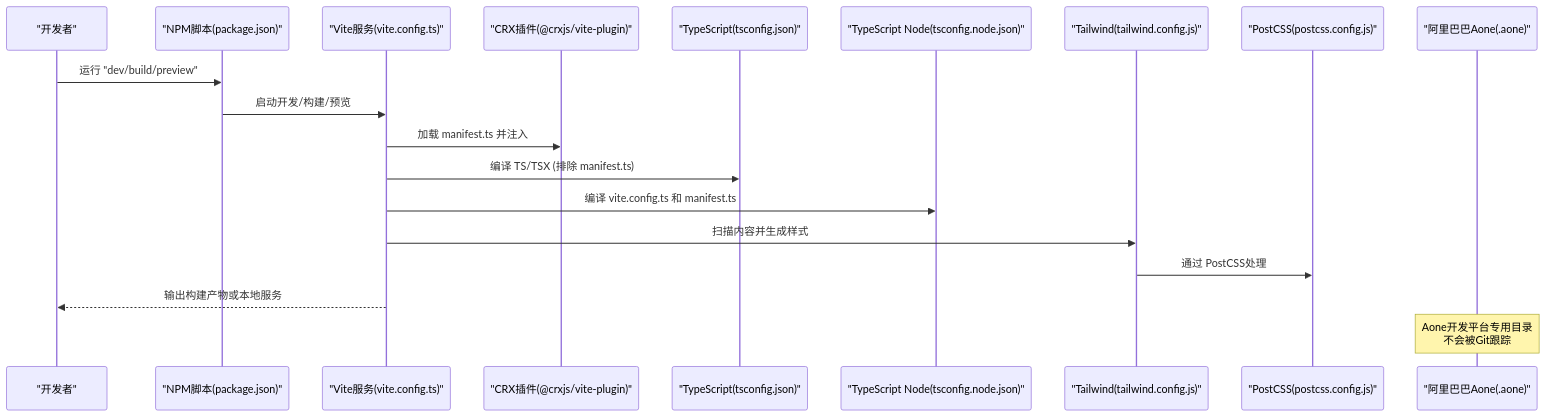
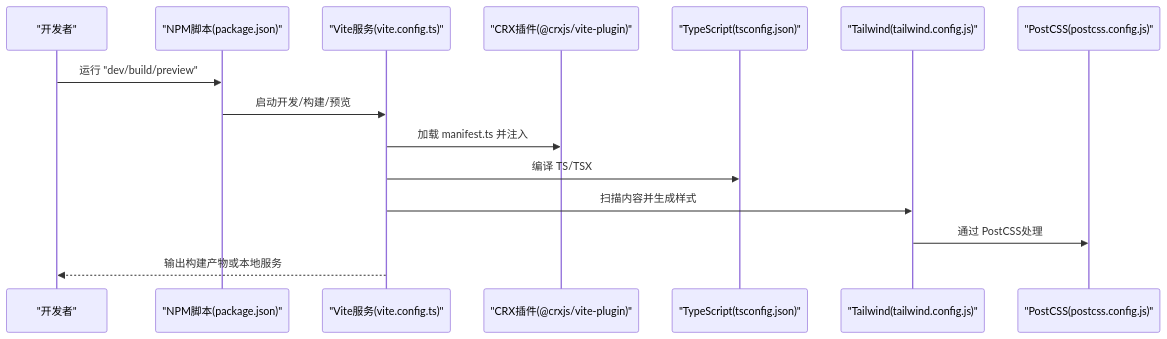
Before and after one commit to RadiumAg/bilibili-favorites: the second of 7 diagrams in .qoder/repowiki/zh/content/开发指南/构建配置详解.md, drawn with Mermaid. The commit also changed other lines of this file and 21 other files, not shown here.

````diff
--- a/.qoder/repowiki/zh/content/开发指南/构建配置详解.md
+++ b/.qoder/repowiki/zh/content/开发指南/构建配置详解.md
@@ -129,21 +111,17 @@
 ```mermaid
 sequenceDiagram
 participant Dev as "开发者"
 participant NPM as "NPM脚本(package.json)"
 participant Vite as "Vite服务(vite.config.ts)"
 participant CRX as "CRX插件(@crxjs/vite-plugin)"
 participant TS as "TypeScript(tsconfig.json)"
-participant TSNode as "TypeScript Node(tsconfig.node.json)"
 participant TW as "Tailwind(tailwind.config.js)"
 participant PC as "PostCSS(postcss.config.js)"
-participant Aone as "阿里巴巴Aone(.aone)"
 Dev->>NPM : 运行 "dev/build/preview"
 NPM->>Vite : 启动开发/构建/预览
 Vite->>CRX : 加载 manifest.ts 并注入
-Vite->>TS : 编译 TS/TSX (排除 manifest.ts)
-Vite->>TSNode : 编译 vite.config.ts 和 manifest.ts
+Vite->>TS : 编译 TS/TSX
 Vite->>TW : 扫描内容并生成样式
 TW->>PC : 通过 PostCSS处理
 Vite-->>Dev : 输出构建产物或本地服务
-Note over Aone : Aone开发平台专用目录<br/>不会被Git跟踪
 ```
````
